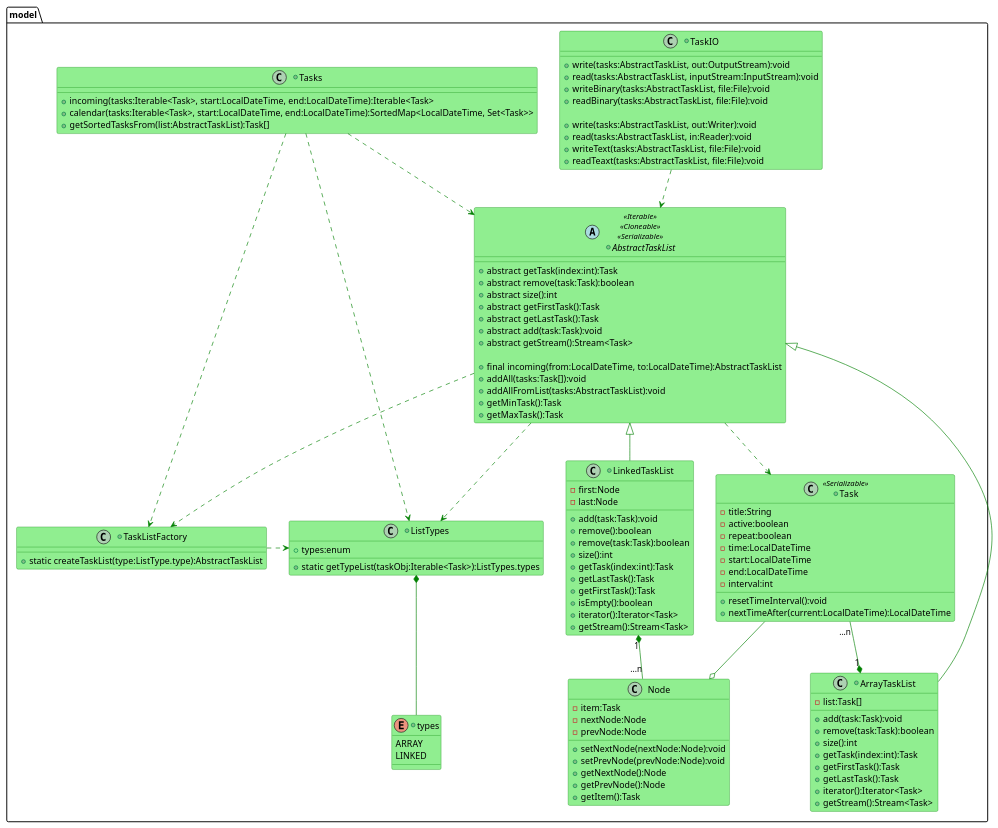
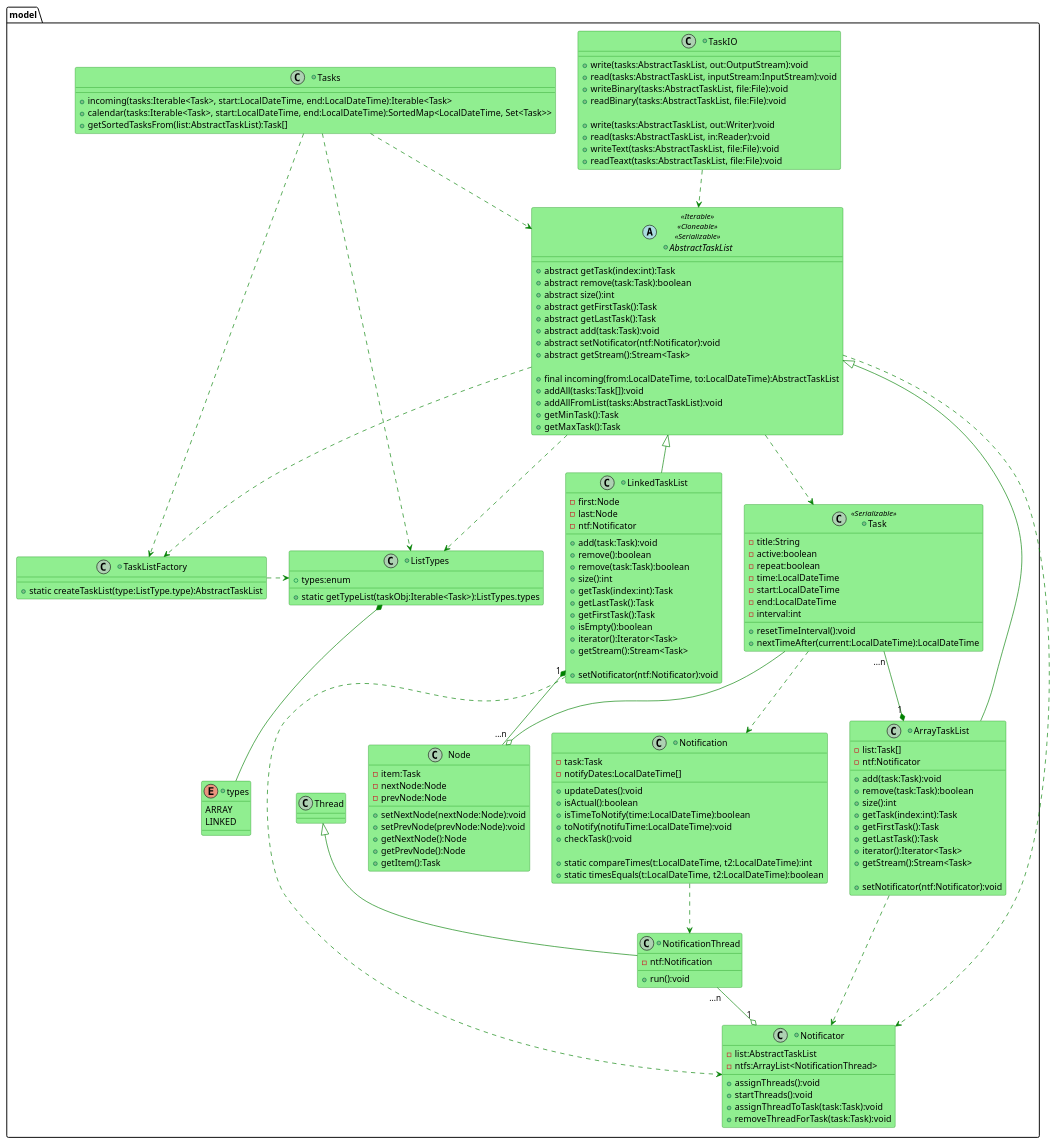
The diagram in ClassDiagram.puml (Igorstar23/TaskManager), drawn with PlantUML before and after one commit. The commit also changed 29 other files, not shown here.

Commit message:
pr10: add classes Notification, NotificationThread, Notificator and edit diagrams, add filed logger for need classes and add javadoc for methods of some classes

```diff
--- a/ClassDiagram.puml
+++ b/ClassDiagram.puml
@@ -1,123 +1,167 @@
 @startuml
 'https://plantuml.com/class-diagram
 
 skinparam class {
   ' задаем светлозеленый цвет для фона классов по умолчанию
   BackgroundColor LightGreen
   ' задаем синий цвет для связей классов по умолчанию
   ArrowColor      Green
   ' задаем красный цвет для контуров классов по умолчанию
   BorderColor     Green
 }
 
 package "model" {
     +class Task <<Serializable>> {
           -title:String
           -active:boolean
           -repeat:boolean
           -time:LocalDateTime
           -start:LocalDateTime
           -end:LocalDateTime
           -interval:int
           +resetTimeInterval():void
           +nextTimeAfter(current:LocalDateTime):LocalDateTime
     }
 
     +class TaskIO {
           +write(tasks:AbstractTaskList, out:OutputStream):void
           +read(tasks:AbstractTaskList, inputStream:InputStream):void
           +writeBinary(tasks:AbstractTaskList, file:File):void
           +readBinary(tasks:AbstractTaskList, file:File):void
 
           +write(tasks:AbstractTaskList, out:Writer):void
           +read(tasks:AbstractTaskList, in:Reader):void
           +writeText(tasks:AbstractTaskList, file:File):void
           +readTeaxt(tasks:AbstractTaskList, file:File):void
     }
 
     +class Tasks {
           +incoming(tasks:Iterable<Task>, start:LocalDateTime, end:LocalDateTime):Iterable<Task>
           +calendar(tasks:Iterable<Task>, start:LocalDateTime, end:LocalDateTime):SortedMap<LocalDateTime, Set<Task>>
           +getSortedTasksFrom(list:AbstractTaskList):Task[]
     }
 
     +abstract class AbstractTaskList <<Iterable>>,<<Cloneable>>, <<Serializable>> {
              +abstract getTask(index:int):Task
              +abstract remove(task:Task):boolean
              +abstract size():int
              +abstract getFirstTask():Task
              +abstract getLastTask():Task
              +abstract add(task:Task):void
+             +abstract setNotificator(ntf:Notificator):void
              +abstract getStream():Stream<Task>
 
              +final incoming(from:LocalDateTime, to:LocalDateTime):AbstractTaskList
              +addAll(tasks:Task[]):void
              +addAllFromList(tasks:AbstractTaskList):void
              +getMinTask():Task
              +getMaxTask():Task
     }
+
     AbstractTaskList ..> Task
     TaskIO ..> AbstractTaskList
     Tasks ..> AbstractTaskList
     ListTypes *-- types
     TaskListFactory .> ListTypes
     AbstractTaskList ..> ListTypes
     AbstractTaskList ..> TaskListFactory
     Tasks ..> ListTypes
     Tasks ..> TaskListFactory
 
     +class ArrayTaskList extends AbstractTaskList {
           -list:Task[]
+          -ntf:Notificator
+
           +add(task:Task):void
           +remove(task:Task):boolean
           +size():int
           +getTask(index:int):Task
           +getFirstTask():Task
           +getLastTask():Task
           +iterator():Iterator<Task>
           +getStream():Stream<Task>
+
+          +setNotificator(ntf:Notificator):void
     }
     Task "...n" --* "1" ArrayTaskList
-
+    ArrayTaskList ..> Notificator
 
     +class LinkedTaskList extends AbstractTaskList {
           -first:Node
           -last:Node
+          -ntf:Notificator
+
           +add(task:Task):void
           +remove():boolean
           +remove(task:Task):boolean
           +size():int
           +getTask(index:int):Task
           +getLastTask():Task
           +getFirstTask():Task
           +isEmpty():boolean
           +iterator():Iterator<Task>
           +getStream():Stream<Task>
+
+          +setNotificator(ntf:Notificator):void
     }
     class Node {
          -item:Task
          -nextNode:Node
          -prevNode:Node
          +setNextNode(nextNode:Node):void
          +setPrevNode(prevNode:Node):void
          +getNextNode():Node
          +getPrevNode():Node
          +getItem():Task
     }
     LinkedTaskList "1" *-- "...n" Node
+    LinkedTaskList ..> Notificator
     Task --o Node
 
     +class TaskListFactory {
           +static createTaskList(type:ListType.type):AbstractTaskList
     }
     +class ListTypes{
           +types:enum
           +static getTypeList(taskObj:Iterable<Task>):ListTypes.types
     }
     +enum types{
          ARRAY
          LINKED
     }
+
+    +class Notification {
+          -task:Task
+          -notifyDates:LocalDateTime[]
+
+          +updateDates():void
+          +isActual():boolean
+          +isTimeToNotify(time:LocalDateTime):boolean
+          +toNotify(notifuTime:LocalDateTime):void
+          +checkTask():void
+
+          +static compareTimes(t:LocalDateTime, t2:LocalDateTime):int
+          +static timesEquals(t:LocalDateTime, t2:LocalDateTime):boolean
+    }
+    Task ..> Notification
+
+    +class NotificationThread extends Thread {
+          -ntf:Notification
+          +run():void
+    }
+    Notification ..> NotificationThread
+
+    +class Notificator {
+          -list:AbstractTaskList
+          -ntfs:ArrayList<NotificationThread>
+
+          +assignThreads():void
+          +startThreads():void
+          +assignThreadToTask(task:Task):void
+          +removeThreadForTask(task:Task):void
+    }
+    AbstractTaskList .> Notificator
+    NotificationThread "...n" --o "1" Notificator
 }
 
 @enduml
```
